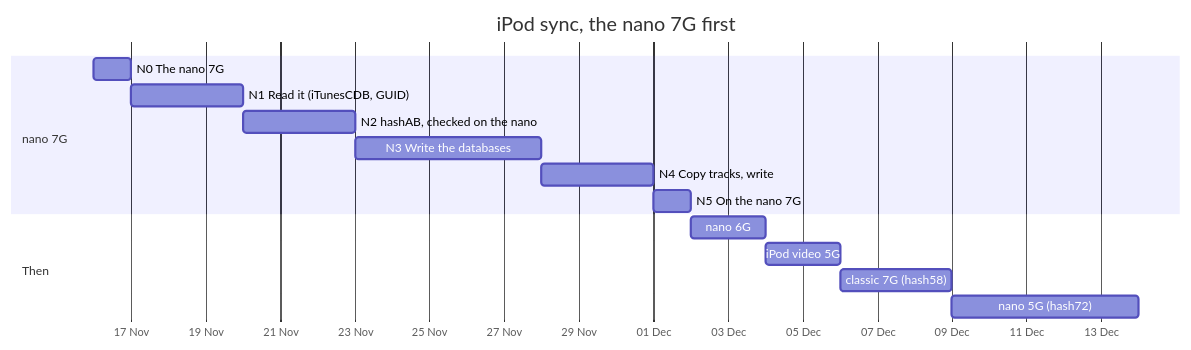
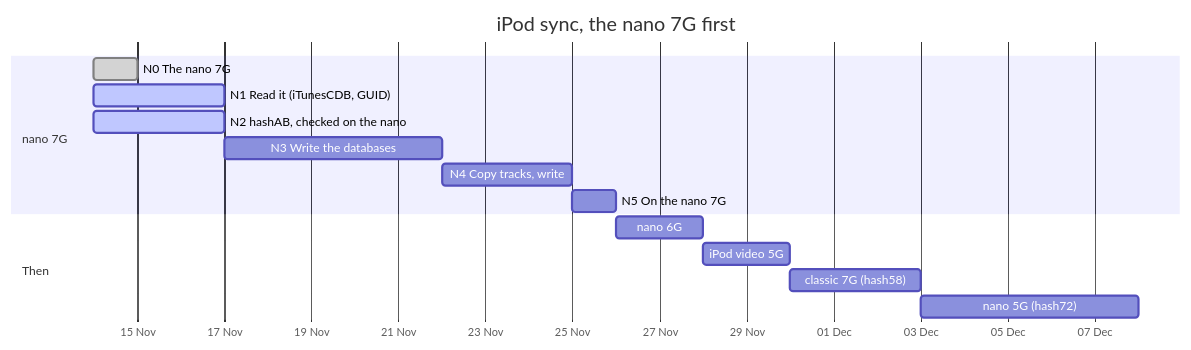
One commit to jgermade/jackbird changed the diagram in ROADMAP/2026-11-14/ipod-sync.md. Above: the diagram before and after it, drawn with Mermaid. The commit also changed other lines of this file and 1 other file, not shown here.

````diff
--- a/ROADMAP/2026-11-14/ipod-sync.md
+++ b/ROADMAP/2026-11-14/ipod-sync.md
@@ -13,18 +19,18 @@
 ```mermaid
 gantt
   title iPod sync, the nano 7G first
   dateFormat YYYY-MM-DD
   axisFormat %d %b
   section nano 7G
-    N0 The nano 7G                     :n0, 2026-11-16, 1d
-    N1 Read it (iTunesCDB, GUID)       :n1, after n0, 3d
-    N2 hashAB, checked on the nano     :n2, after n1, 3d
+    N0 The nano 7G                     :done, n0, 2026-11-14, 1d
+    N1 Read it (iTunesCDB, GUID)       :active, n1, 2026-11-14, 3d
+    N2 hashAB, checked on the nano     :active, n2, 2026-11-14, 3d
     N3 Write the databases             :n3, after n2, 5d
     N4 Copy tracks, write              :n4, after n3, 3d
     N5 On the nano 7G                  :n5, after n4, 1d
   section Then
     nano 6G                            :b1, after n5, 2d
     iPod video 5G                      :b2, after b1, 2d
     classic 7G (hash58)                :b3, after b2, 3d
     nano 5G (hash72)                   :b4, after b3, 5d
 ```
````
